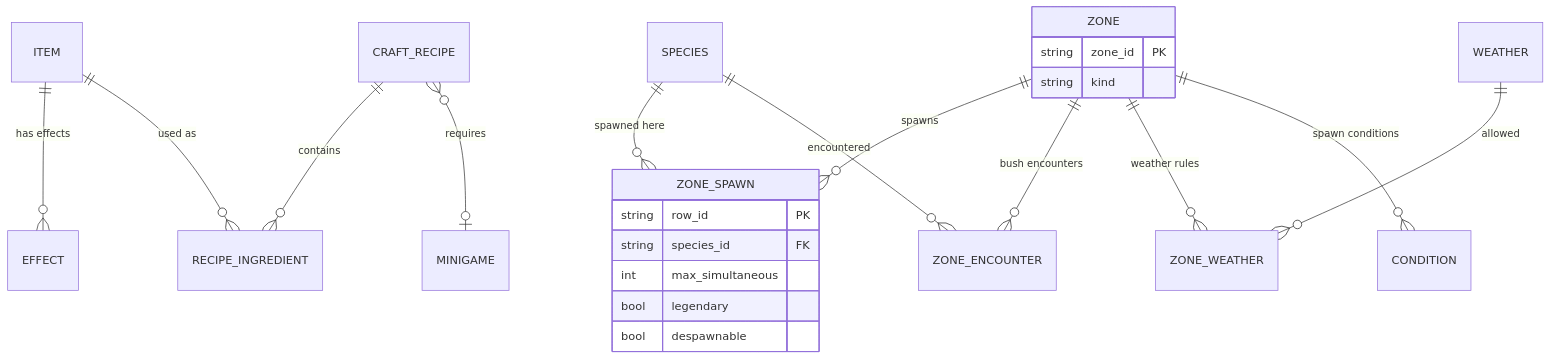
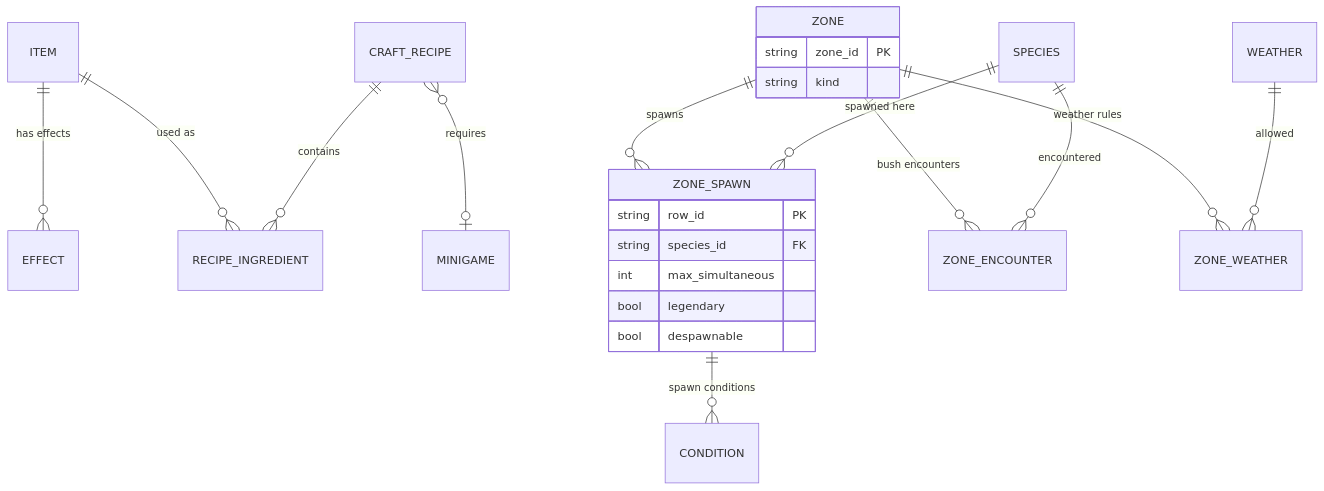
Before and after one commit to Intaria/mon-game: the third of 4 diagrams in Docs/data/schema.md, drawn with Mermaid. The commit also changed other lines of this file, not shown here.

First line of the commit message:
docs(data): fix mermaid PK tokens and condition owner domains in schema

````diff
--- a/Docs/data/schema.md
+++ b/Docs/data/schema.md
@@ -105,25 +105,25 @@
 ```mermaid
 erDiagram
     ITEM ||--o{ EFFECT : "has effects"
     ITEM ||--o{ RECIPE_INGREDIENT : "used as"
     CRAFT_RECIPE ||--o{ RECIPE_INGREDIENT : "contains"
     CRAFT_RECIPE }o--o| MINIGAME : "requires"
     ZONE ||--o{ ZONE_SPAWN : "spawns"
     SPECIES ||--o{ ZONE_SPAWN : "spawned here"
     ZONE ||--o{ ZONE_ENCOUNTER : "bush encounters"
     SPECIES ||--o{ ZONE_ENCOUNTER : "encountered"
     ZONE ||--o{ ZONE_WEATHER : "weather rules"
     WEATHER ||--o{ ZONE_WEATHER : "allowed"
-    ZONE ||--o{ CONDITION : "spawn conditions"
+    ZONE_SPAWN ||--o{ CONDITION : "spawn conditions"
     ZONE {
         string zone_id PK
         string kind
     }
     ZONE_SPAWN {
         string row_id PK
         string species_id FK
         int max_simultaneous
         bool legendary
         bool despawnable
     }
 ```
````
